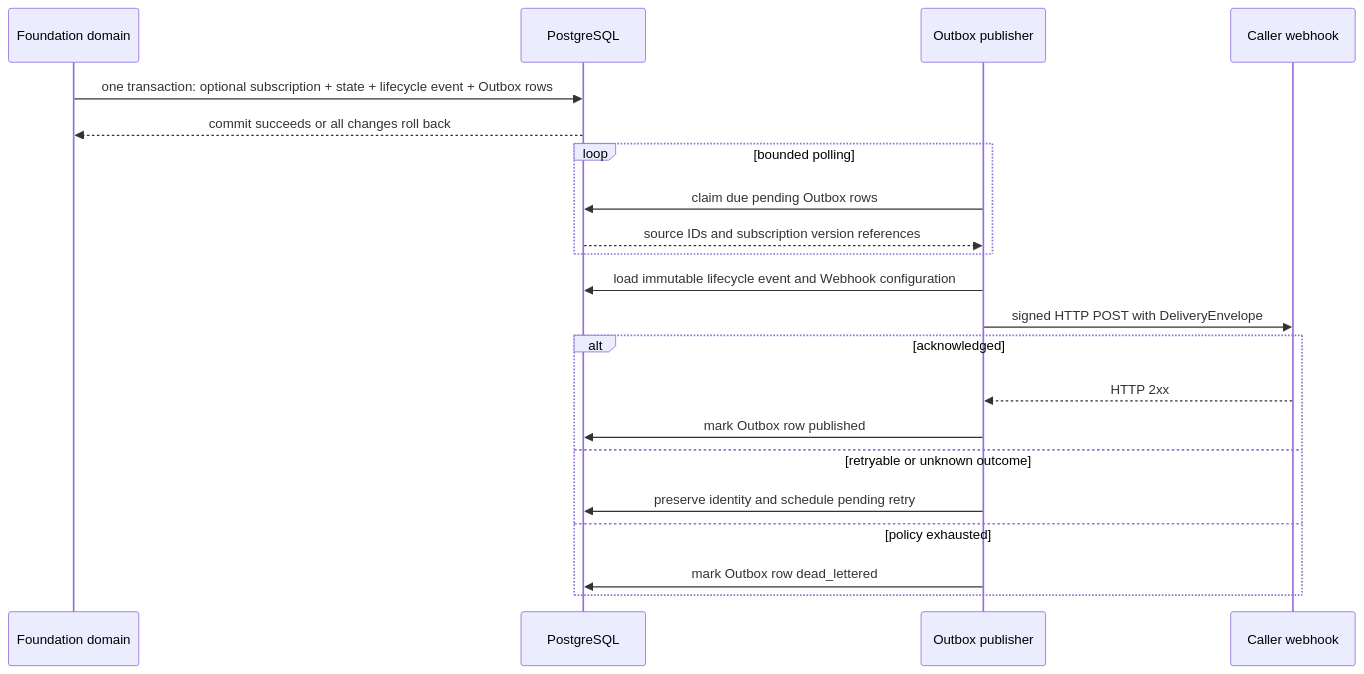
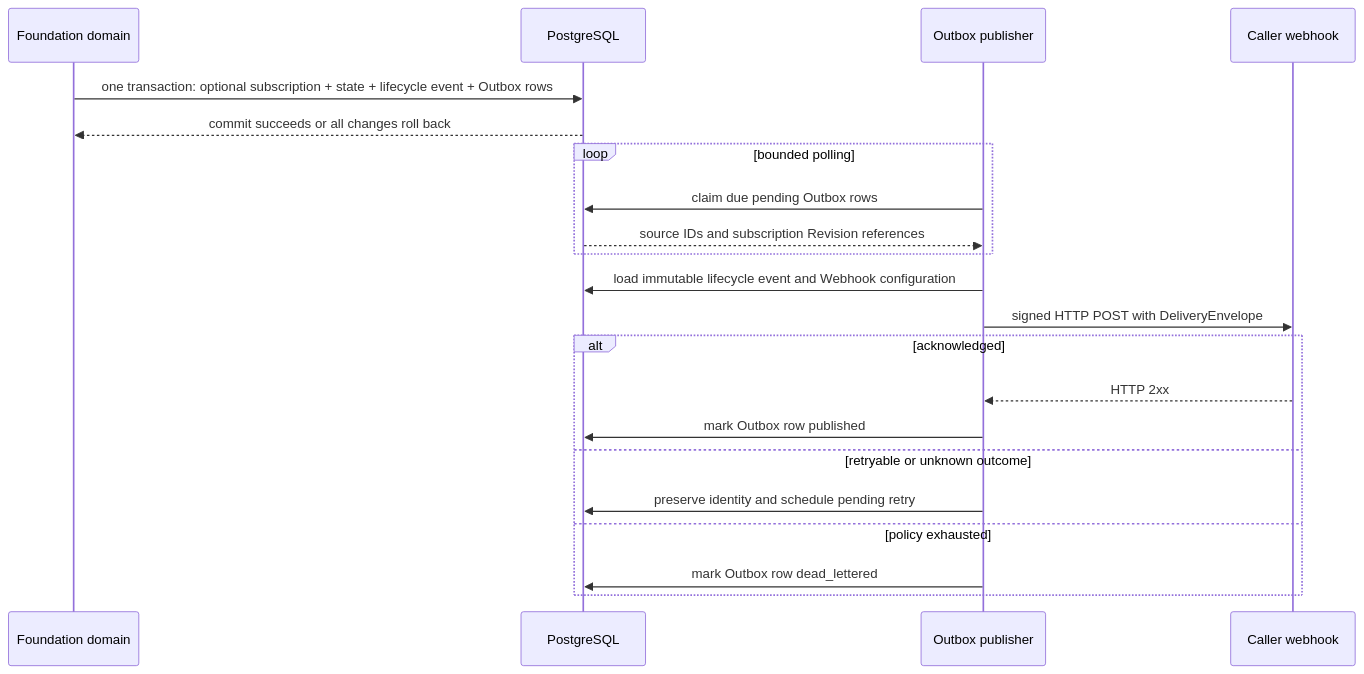
The fourth of 4 diagrams in spec/foundation-service/20a-hook-notifications.md (LTThreeComma/agent-foundation), drawn with Mermaid before and after one commit. The commit also changed other lines of this file and 186 other files, not shown here.

````diff
--- a/spec/foundation-service/20a-hook-notifications.md
+++ b/spec/foundation-service/20a-hook-notifications.md
@@ -309,24 +319,24 @@
 ```mermaid
 sequenceDiagram
     participant Domain as Foundation domain
     participant DB as PostgreSQL
     participant Publisher as Outbox publisher
     participant Caller as Caller webhook
 
     Domain->>DB: one transaction: optional subscription + state + lifecycle event + Outbox rows
     DB-->>Domain: commit succeeds or all changes roll back
     loop bounded polling
         Publisher->>DB: claim due pending Outbox rows
-        DB-->>Publisher: source IDs and subscription version references
+        DB-->>Publisher: source IDs and subscription Revision references
     end
     Publisher->>DB: load immutable lifecycle event and Webhook configuration
     Publisher->>Caller: signed HTTP POST with DeliveryEnvelope
     alt acknowledged
         Caller-->>Publisher: HTTP 2xx
         Publisher->>DB: mark Outbox row published
     else retryable or unknown outcome
         Publisher->>DB: preserve identity and schedule pending retry
     else policy exhausted
         Publisher->>DB: mark Outbox row dead_lettered
     end
 ```
````
